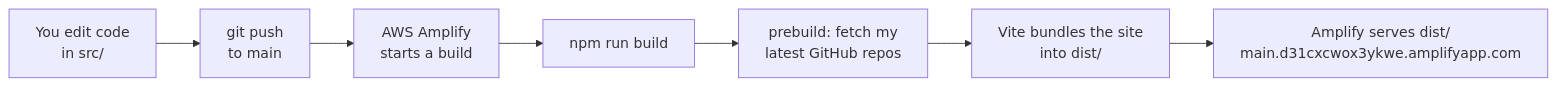
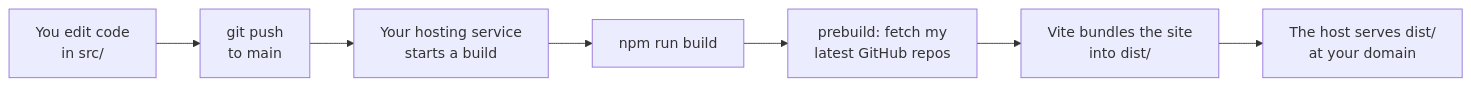
One commit to tawsif-raza/tawsif-portfolio changed the first of 3 diagrams in README.md. Above: the diagram before and after it, drawn with Mermaid. The commit also changed other lines of this file and 7 other files, not shown here.

````diff
--- a/README.md
+++ b/README.md
@@ -181,9 +183,9 @@
 ```mermaid
 flowchart LR
     A["You edit code<br/>in src/"] --> B["git push<br/>to main"]
-    B --> C["AWS Amplify<br/>starts a build"]
+    B --> C["Your hosting service<br/>starts a build"]
     C --> D["npm run build"]
     D --> E["prebuild: fetch my<br/>latest GitHub repos"]
     E --> F["Vite bundles the site<br/>into dist/"]
-    F --> G["Amplify serves dist/<br/>main.d31cxcwox3ykwe.amplifyapp.com"]
+    F --> G["The host serves dist/<br/>at your domain"]
 ```
````
